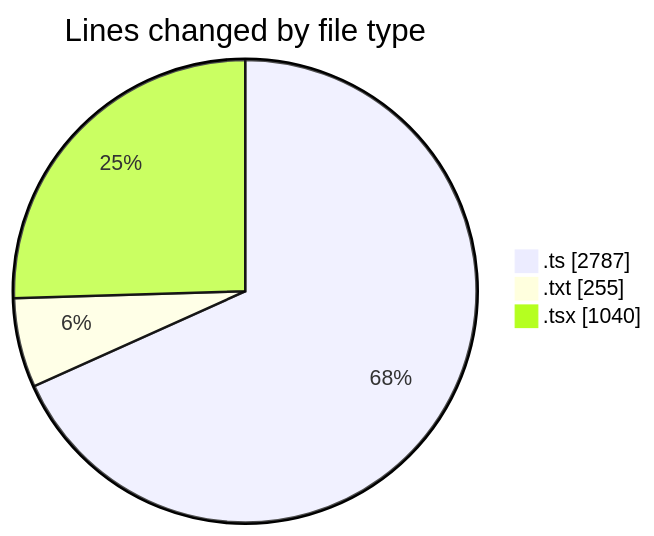
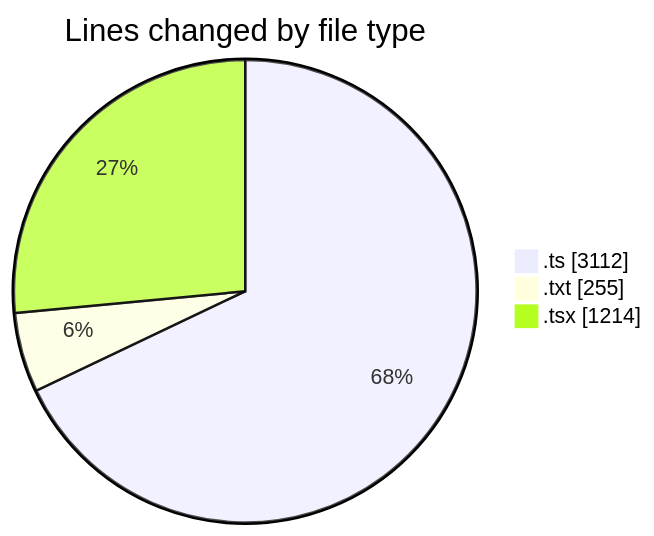
The first of 2 diagrams in 2025-09-14/hiai-phf/README.md (lephambinh05/code-tracking), drawn with Mermaid before and after one commit. The commit also changed other lines of this file and 1 other file, not shown here.

````diff
--- a/2025-09-14/hiai-phf/README.md
+++ b/2025-09-14/hiai-phf/README.md
@@ -34,7 +36,7 @@
 ```mermaid
 pie showData
 title Lines changed by file type
-".ts" : 2787
+".ts" : 3112
 ".txt" : 255
-".tsx" : 1040
+".tsx" : 1214
 ```
````
